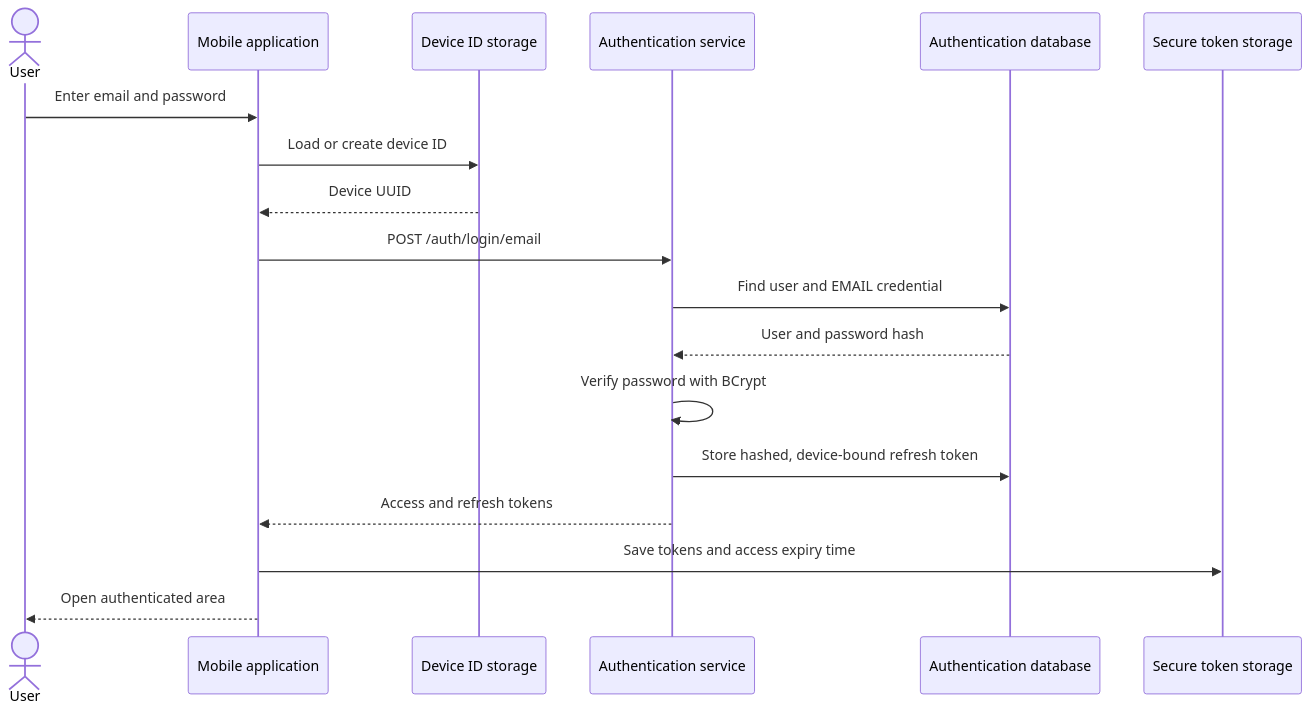
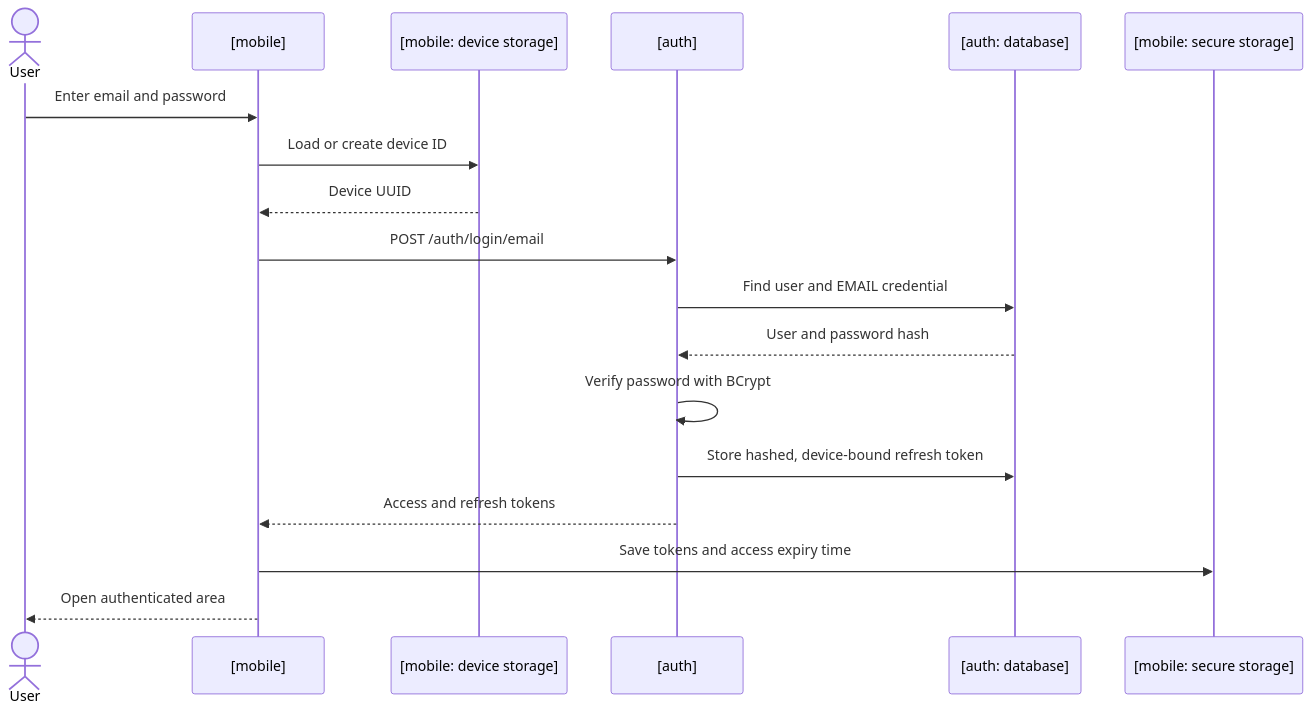
One commit to aurochs108/sport-matcher-docs changed the diagram in docs/features/login.md. Above: the diagram before and after it, drawn with Mermaid. The commit also changed other lines of this file, not shown here.

Commit message:
docs: simplify login interaction diagram

````diff
--- a/docs/features/login.md
+++ b/docs/features/login.md
@@ -25,21 +23,21 @@
 ```mermaid
 sequenceDiagram
     actor User
-    participant Mobile as Mobile application
-    participant Device as Device ID storage
-    participant Auth as Authentication service
-    participant DB as Authentication database
-    participant Secure as Secure token storage
+    participant Mobile as [mobile]
+    participant Device as [mobile: device storage]
+    participant Auth as [auth]
+    participant DB as [auth: database]
+    participant Secure as [mobile: secure storage]
 
     User->>Mobile: Enter email and password
     Mobile->>Device: Load or create device ID
     Device-->>Mobile: Device UUID
     Mobile->>Auth: POST /auth/login/email
     Auth->>DB: Find user and EMAIL credential
     DB-->>Auth: User and password hash
     Auth->>Auth: Verify password with BCrypt
     Auth->>DB: Store hashed, device-bound refresh token
     Auth-->>Mobile: Access and refresh tokens
     Mobile->>Secure: Save tokens and access expiry time
     Mobile-->>User: Open authenticated area
 ```
````
